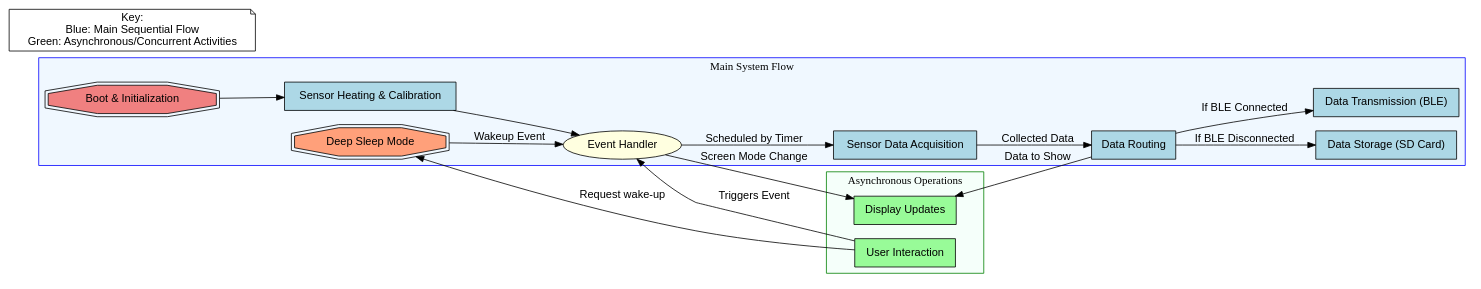
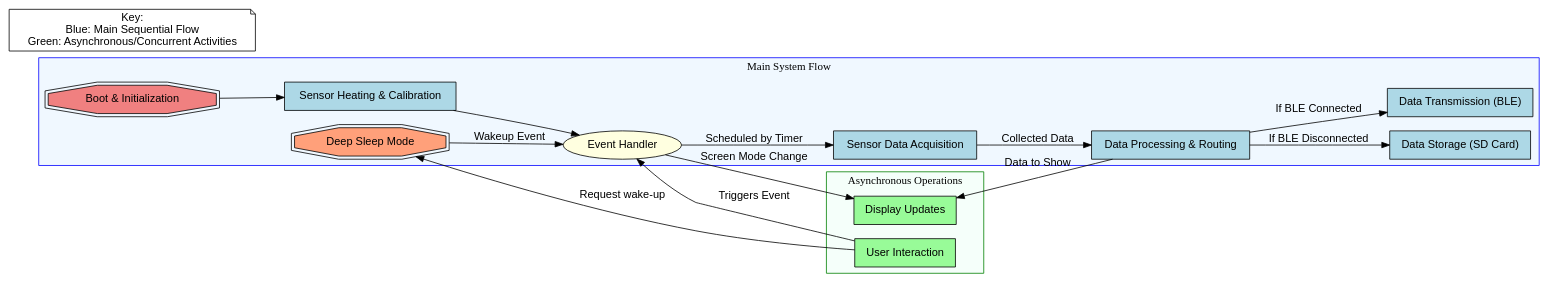
The diagram in docs/diagrams/cityairq_architecture.dot (Pollution-tracking/EnvSensor-firmware), drawn with Graphviz before and after one commit. The commit also changed 26 other files, not shown here.

Commit message:
add diagrams

```diff
--- a/docs/diagrams/cityairq_architecture.dot
+++ b/docs/diagrams/cityairq_architecture.dot
@@ -1,57 +1,57 @@
 digraph CityAirQ_Architecture_Simplified {
     rankdir=LR; // Left to right layout
     node [shape=box, style=filled, fillcolor=lightblue, fontname="Helvetica"];
     edge [fontname="Helvetica"];
 
     // Main System Flow
     subgraph cluster_main_flow {
         label = "Main System Flow";
         color=blue;
         style=filled;
         fillcolor="#F0F8FF"; // AliceBlue
 
         BootInit [label="Boot & Initialization"];
         HeatCalibrate [label="Sensor Heating & Calibration"];
         MainLoop [label="Event Handler"];
         SensorAcquisition [label="Sensor Data Acquisition"];
-        DataRouting [label="Data Routing"];
+        DataProcessingRouting [label="Data Processing & Routing"];
         DataStore [label="Data Storage (SD Card)"];
         DataBLE [label="Data Transmission (BLE)"];
         DeepSleep [label="Deep Sleep Mode"];
 
         BootInit -> HeatCalibrate;
         HeatCalibrate -> MainLoop;
         MainLoop -> SensorAcquisition [label="Scheduled by Timer"];
-        SensorAcquisition -> DataRouting [label="Collected Data"];
-        DataRouting -> DataStore [label="If BLE Disconnected"];
-        DataRouting -> DataBLE [label="If BLE Connected"];
+        SensorAcquisition -> DataProcessingRouting [label="Collected Data"];
+        DataProcessingRouting -> DataStore [label="If BLE Disconnected"];
+        DataProcessingRouting -> DataBLE [label="If BLE Connected"];
         DeepSleep -> MainLoop [label="Wakeup Event"];
     }
 
     // Asynchronous / Concurrent Operations
     subgraph cluster_async_ops {
         label = "Asynchronous Operations";
         color=green;
         style=filled;
         fillcolor="#F5FFFA"; // MintCream
 
         UserInteraction [label="User Interaction"];
         DisplayUpdates [label="Display Updates"];
 
         UserInteraction -> MainLoop [label="Triggers Event"];
-        DataRouting -> DisplayUpdates [label="Data to Show"];
+        DataProcessingRouting -> DisplayUpdates [label="Data to Show"];
         MainLoop -> DisplayUpdates [label="Screen Mode Change"];
         UserInteraction -> DeepSleep [label="Request wake-up"];
     }
 
     // Optional: Add notes/legends
     note [shape=note, style=solid, fillcolor=yellow, labelloc="l"];
     note [label="Key:\nBlue: Main Sequential Flow\nGreen: Asynchronous/Concurrent Activities"];
 
     // Styles for emphasis
     BootInit [shape=doubleoctagon, fillcolor="lightcoral"];
     DeepSleep [shape=doubleoctagon, fillcolor="lightsalmon"];
     MainLoop [shape=ellipse, fillcolor="lightyellow"];
     UserInteraction [fillcolor="palegreen"];
     DisplayUpdates [fillcolor="palegreen"];
 }
```
